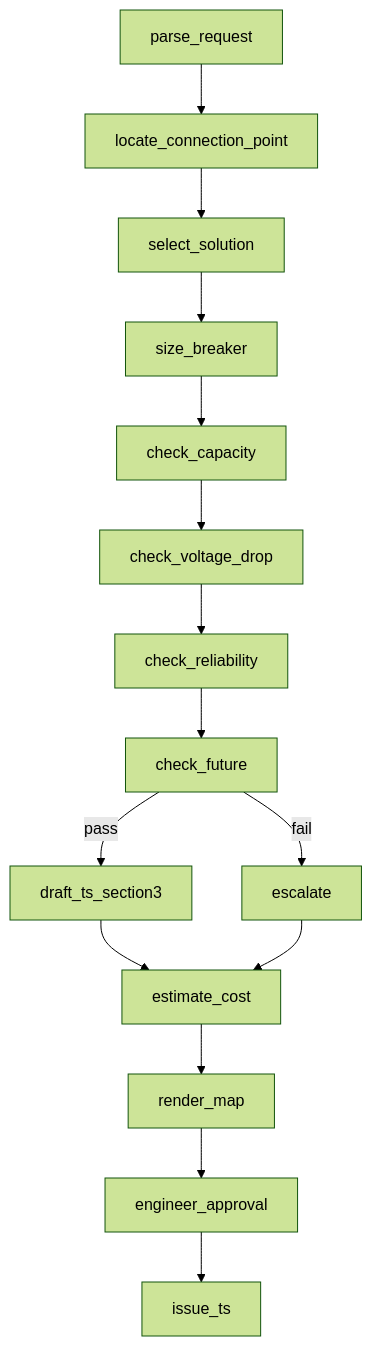
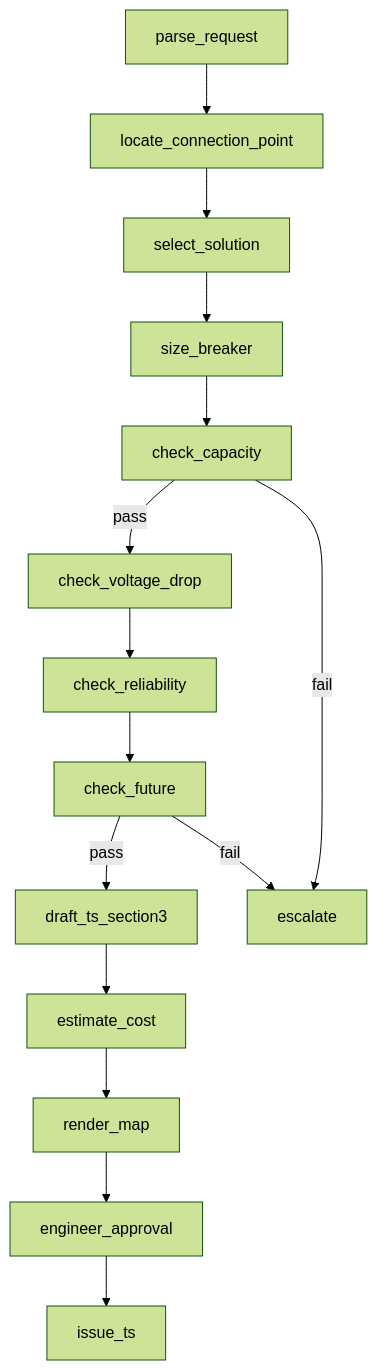
Before and after one commit to VentureJuozas/ESO-automation: the second of 2 diagrams in docs/ARCHITECTURE.md, drawn with Mermaid (forest theme). The commit also changed other lines of this file and 33 other files, not shown here.

````diff
--- a/docs/ARCHITECTURE.md
+++ b/docs/ARCHITECTURE.md
@@ -17,7 +17,9 @@
 ```mermaid
 flowchart TD
   parse_request --> locate_connection_point --> select_solution --> size_breaker
-  size_breaker --> check_capacity --> check_voltage_drop --> check_reliability --> check_future
+  size_breaker --> check_capacity
+  check_capacity -->|pass| check_voltage_drop --> check_reliability --> check_future
   check_future -->|pass| draft_ts_section3 --> estimate_cost --> render_map --> engineer_approval --> issue_ts
-  check_future -->|fail| escalate --> estimate_cost
+  check_capacity -->|fail| escalate
+  check_future -->|fail| escalate
 ```
````
